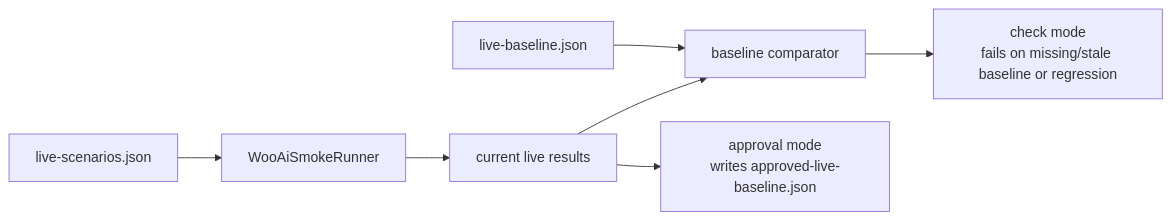
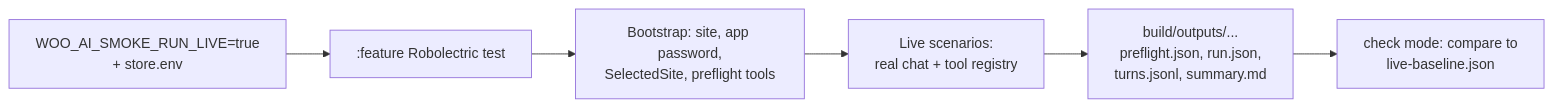
The diagram in docs/woo-ai-smoke-architecture.md (woocommerce/woocommerce-android), drawn with Mermaid before and after one commit. The commit also changed other lines of this file, not shown here.

Commit message:
Simplify AI smoke architecture doc for fresh readers

````diff
--- a/docs/woo-ai-smoke-architecture.md
+++ b/docs/woo-ai-smoke-architecture.md
@@ -246,9 +25,8 @@
 ```mermaid
 flowchart LR
-    Scenarios["live-scenarios.json"] --> Runner
-    Runner["WooAiSmokeRunner"] --> Results["current live results"]
-    Baseline["live-baseline.json"] --> Comparator["baseline comparator"]
-    Results --> Comparator
-    Comparator --> Check["check mode\nfails on missing/stale baseline or regression"]
-    Results --> Approval["approval mode\nwrites approved-live-baseline.json"]
+    Env["WOO_AI_SMOKE_RUN_LIVE=true\n+ store.env"] --> Test[":feature Robolectric test"]
+    Test --> Boot["Bootstrap: site, app password,\nSelectedSite, preflight tools"]
+    Boot --> Scen["Live scenarios:\nreal chat + tool registry"]
+    Scen --> Out["build/outputs/...\npreflight.json, run.json,\nturns.jsonl, summary.md"]
+    Out --> Cmp["check mode: compare to\nlive-baseline.json"]
 ```
````
